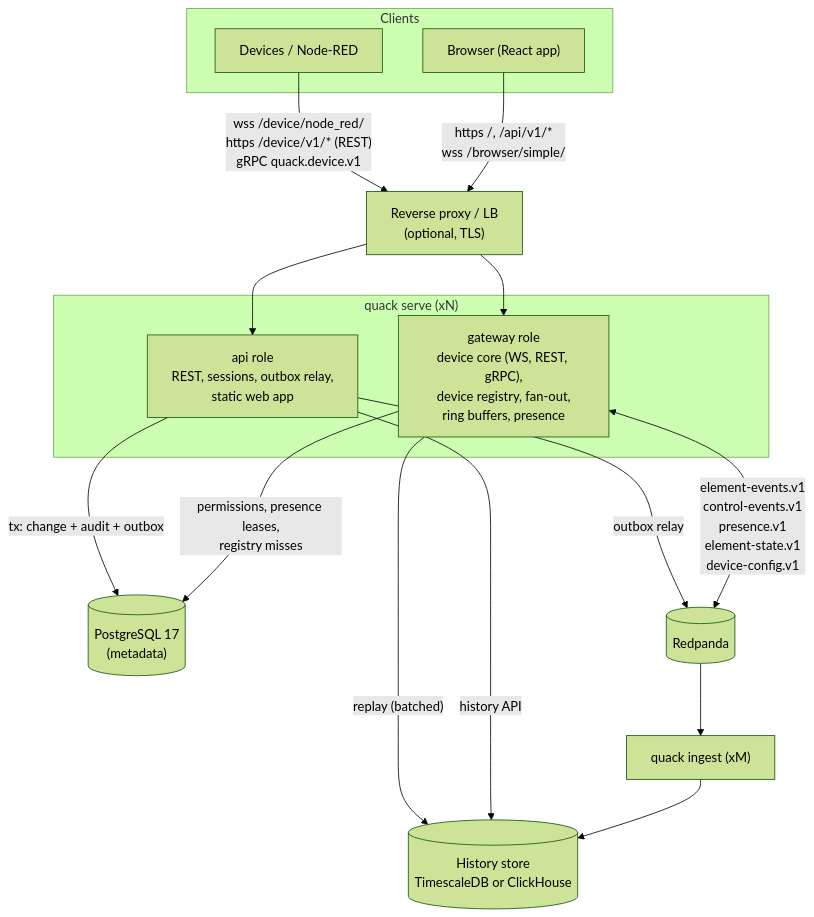
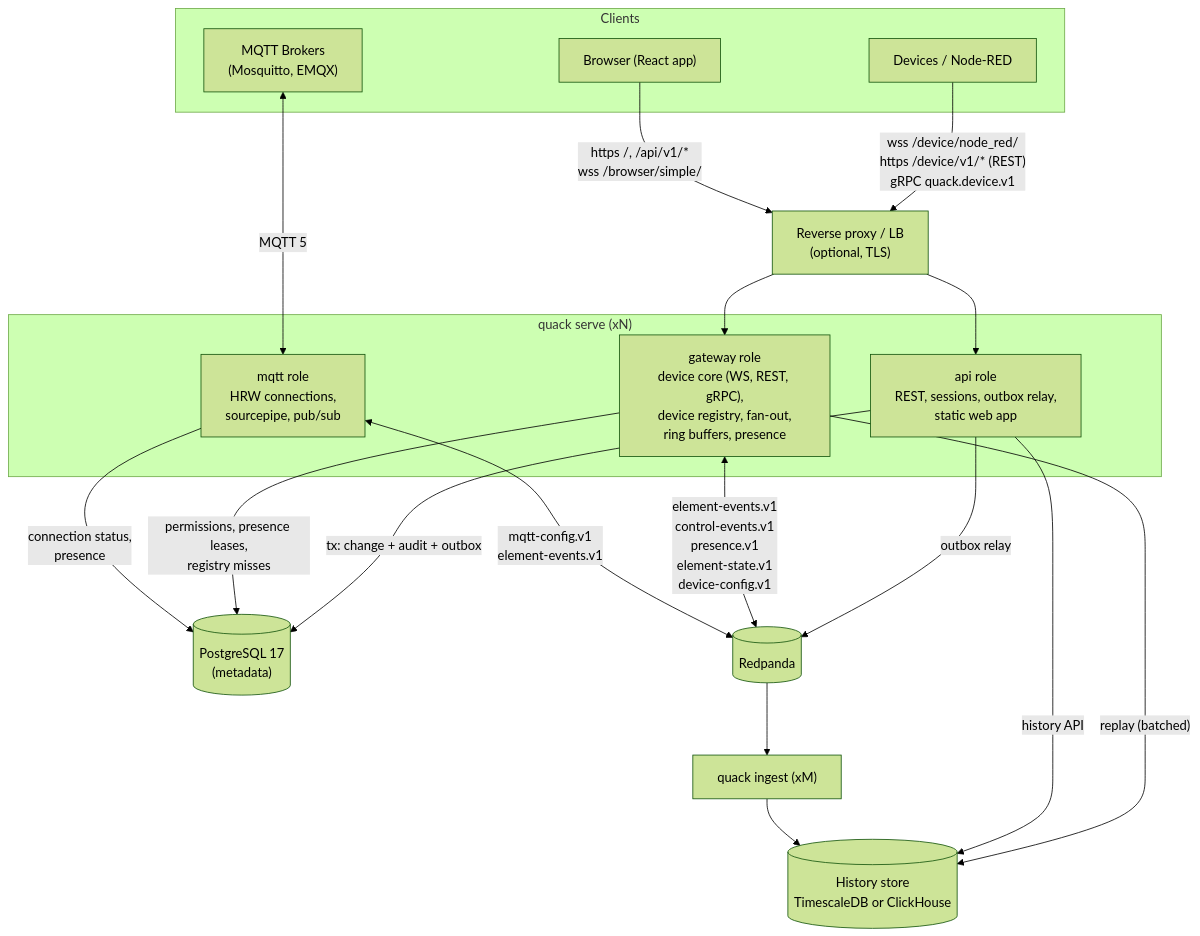
Before and after one commit to taha2samy-3/qauk-qauk: the first of 7 diagrams in docs/02_architecture.md, drawn with Mermaid (forest theme). The commit also changed other lines of this file and 68 other files, not shown here.

````diff
--- a/docs/02_architecture.md
+++ b/docs/02_architecture.md
@@ -5,24 +5,29 @@
 ```mermaid
 flowchart TB
   subgraph Clients
     D["Devices / Node-RED"]
     B["Browser (React app)"]
+    MB["MQTT Brokers<br/>(Mosquitto, EMQX)"]
   end
   P["Reverse proxy / LB<br/>(optional, TLS)"]
   D -- "wss /device/node_red/<br/>https /device/v1/* (REST)<br/>gRPC quack.device.v1" --> P
   B -- "https /, /api/v1/*<br/>wss /browser/simple/" --> P
   subgraph S["quack serve (xN)"]
     API["api role<br/>REST, sessions, outbox relay,<br/>static web app"]
     GW["gateway role<br/>device core (WS, REST, gRPC),<br/>device registry, fan-out,<br/>ring buffers, presence"]
+    MQ["mqtt role<br/>HRW connections,<br/>sourcepipe, pub/sub"]
   end
   P --> API
   P --> GW
+  MB <--"MQTT 5"--> MQ
   API -- "tx: change + audit + outbox" --> PG[("PostgreSQL 17<br/>(metadata)")]
   API -- "outbox relay" --> RP[("Redpanda")]
   GW <-- "element-events.v1<br/>control-events.v1<br/>presence.v1<br/>element-state.v1<br/>device-config.v1" --> RP
+  MQ <-- "mqtt-config.v1<br/>element-events.v1" --> RP
   GW -- "permissions, presence leases,<br/>registry misses" --> PG
+  MQ -- "connection status,<br/>presence" --> PG
   GW -- "replay (batched)" --> H
   API -- "history API" --> H
   RP --> IN["quack ingest (xM)"]
   IN --> H[("History store<br/>TimescaleDB or ClickHouse")]
 ```
````
